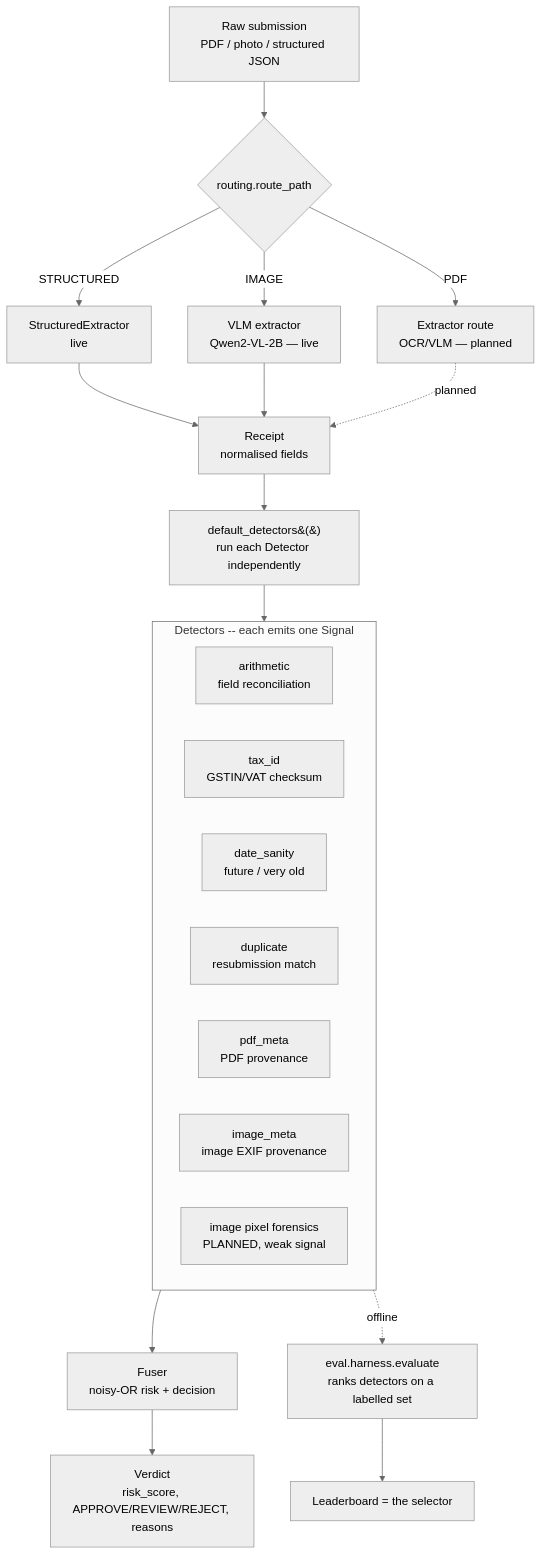
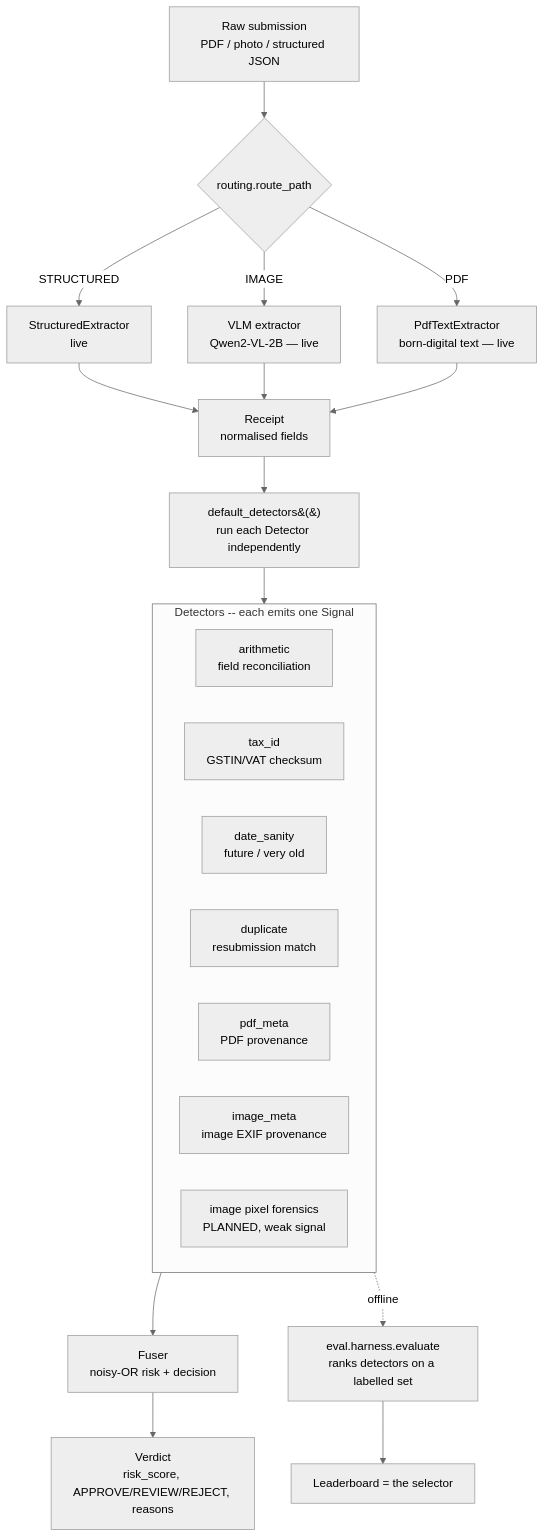
Before and after one commit to Akshat-Dhiraaj/reimbursement: the diagram in ARCHITECTURE.md, drawn with Mermaid (neutral theme). The commit also changed other lines of this file and 27 other files, not shown here.

````diff
--- a/ARCHITECTURE.md
+++ b/ARCHITECTURE.md
@@ -12,29 +12,29 @@
 ```mermaid
 flowchart TD
     A[Raw submission<br/>PDF / photo / structured JSON] --> R{routing.route_path}
-    R -->|PDF| XP[Extractor route<br/>OCR/VLM — planned]
+    R -->|PDF| XP[PdfTextExtractor<br/>born-digital text — live]
     R -->|IMAGE| XV[VLM extractor<br/>Qwen2-VL-2B — live]
     R -->|STRUCTURED| SE[StructuredExtractor<br/>live]
     SE --> RC[Receipt<br/>normalised fields]
     XV --> RC
-    XP -.planned.-> RC
+    XP --> RC
 
     RC --> D[default_detectors&#40;&#41;<br/>run each Detector independently]
 
     subgraph DET[Detectors -- each emits one Signal]
       D1[arithmetic<br/>field reconciliation]
       D2[tax_id<br/>GSTIN/VAT checksum]
       D3[date_sanity<br/>future / very old]
       D4[duplicate<br/>resubmission match]
       D5[pdf_meta<br/>PDF provenance]
       D6[image_meta<br/>image EXIF provenance]
       D7[image pixel forensics<br/>PLANNED, weak signal]
     end
     D --> DET
 
     DET --> F[Fuser<br/>noisy-OR risk + decision]
     F --> V[Verdict<br/>risk_score, APPROVE/REVIEW/REJECT, reasons]
 
     DET -. offline .-> H[eval.harness.evaluate<br/>ranks detectors on a labelled set]
     H --> SEL[Leaderboard = the selector]
 ```
````
